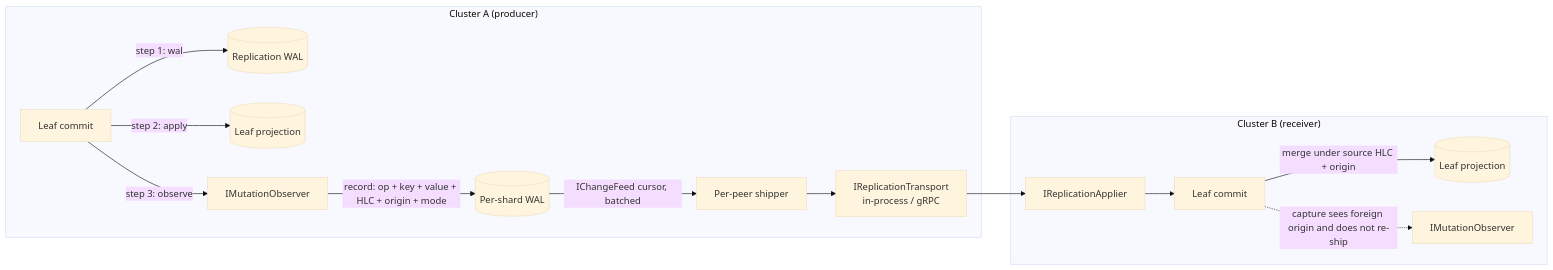
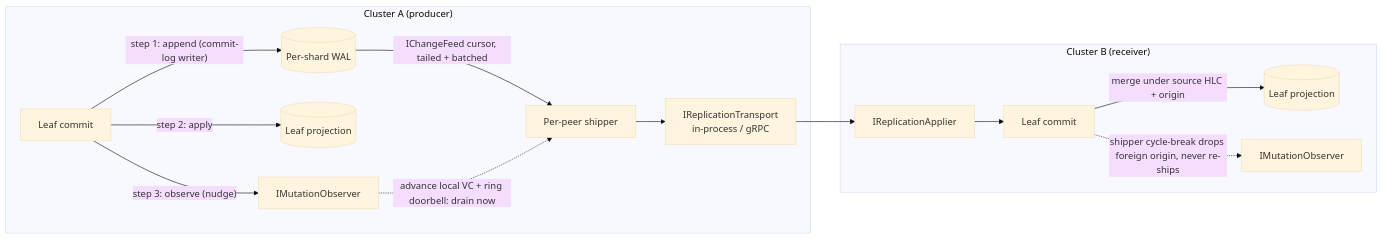
The diagram in docs/lattice.replication/architecture.md (NSTA1/Orleans.Lattice), drawn with Mermaid (base theme) before and after one commit. The commit also changed other lines of this file and 15 other files, not shown here.

````diff
--- a/docs/lattice.replication/architecture.md
+++ b/docs/lattice.replication/architecture.md
@@ -18,19 +18,19 @@
 ```mermaid
 flowchart LR
     subgraph "Cluster A (producer)"
         Leaf[Leaf commit]
-        Leaf -->|"step 1: wal"| Wal[(Replication WAL)]
+        Leaf -->|"step 1: append (commit-log writer)"| Wal[(Per-shard WAL)]
         Leaf -->|"step 2: apply"| Proj[(Leaf projection)]
-        Leaf -->|"step 3: observe"| Capture[IMutationObserver]
-        Capture -->|"record: op + key + value + HLC + origin + mode"| Log[(Per-shard WAL)]
-        Log -->|"IChangeFeed cursor, batched"| Ship[Per-peer shipper]
+        Leaf -->|"step 3: observe (nudge)"| Capture[IMutationObserver]
+        Wal -->|"IChangeFeed cursor, tailed + batched"| Ship[Per-peer shipper]
+        Capture -.->|"advance local VC + ring doorbell: drain now"| Ship
         Ship --> Transport[IReplicationTransport<br/>in-process / gRPC]
     end
 
     subgraph "Cluster B (receiver)"
         Transport --> Apply[IReplicationApplier]
         Apply --> LeafB[Leaf commit]
         LeafB -->|"merge under source HLC + origin"| ProjB[(Leaf projection)]
-        LeafB -.->|"capture sees foreign origin and does not re-ship"| CaptureB[IMutationObserver]
+        LeafB -.->|"shipper cycle-break drops foreign origin, never re-ships"| CaptureB[IMutationObserver]
     end
 ```
````
